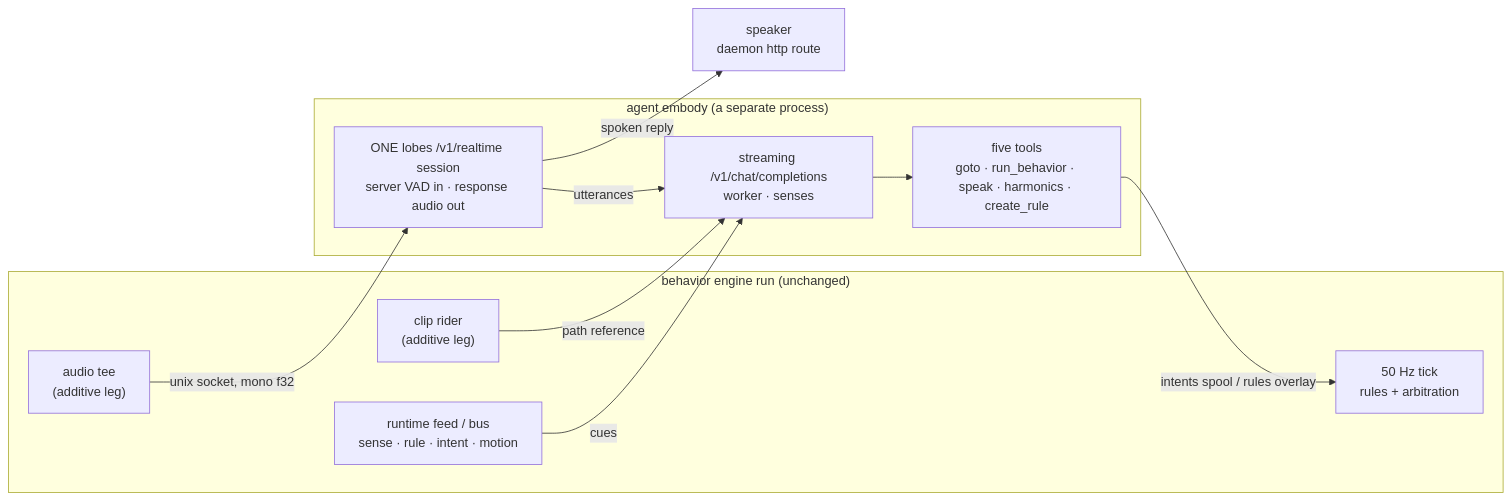
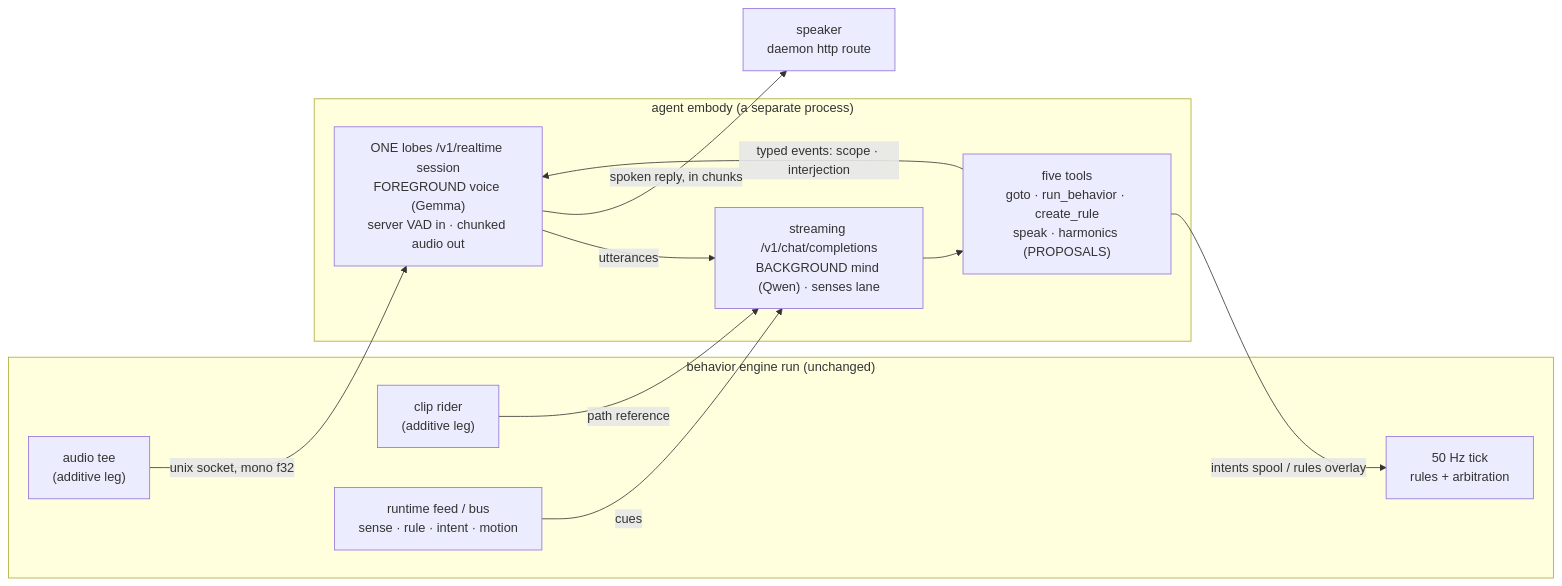
Before and after one commit to agentculture/reachy-mini-cli: the third of 3 diagrams in docs/operating-reachy.md, drawn with Mermaid. The commit also changed other lines of this file and 45 other files, not shown here.

Commit message:
Foreground conversation, background cognition: Gemma speaks, Qwen thinks (#155, v0.47.0) (#158)

````diff
--- a/docs/operating-reachy.md
+++ b/docs/operating-reachy.md
@@ -2405,23 +2410,24 @@
 ```mermaid
 graph LR
     subgraph RUNTIME["behavior engine run (unchanged)"]
         TICK["50 Hz tick<br/>rules + arbitration"]
         TEE["audio tee<br/>(additive leg)"]
         CLIP["clip rider<br/>(additive leg)"]
         FEED["runtime feed / bus<br/>sense · rule · intent · motion"]
     end
 
     subgraph LAYER["agent embody (a separate process)"]
-        DUPLEX["ONE lobes /v1/realtime session<br/>server VAD in · response audio out"]
-        MIND["streaming /v1/chat/completions<br/>worker · senses"]
-        TOOLS["five tools<br/>goto · run_behavior · speak · harmonics · create_rule"]
+        DUPLEX["ONE lobes /v1/realtime session<br/>FOREGROUND voice (Gemma)<br/>server VAD in · chunked audio out"]
+        MIND["streaming /v1/chat/completions<br/>BACKGROUND mind (Qwen) · senses lane"]
+        TOOLS["five tools<br/>goto · run_behavior · create_rule<br/>speak · harmonics (PROPOSALS)"]
     end
 
     TEE -->|"unix socket, mono f32"| DUPLEX
     FEED -->|"cues"| MIND
     CLIP -->|"path reference"| MIND
     DUPLEX -->|"utterances"| MIND
     MIND --> TOOLS
-    DUPLEX -->|"spoken reply"| SPK["speaker<br/>daemon http route"]
+    TOOLS -->|"typed events: scope · interjection"| DUPLEX
+    DUPLEX -->|"spoken reply, in chunks"| SPK["speaker<br/>daemon http route"]
     TOOLS -->|"intents spool / rules overlay"| TICK
 ```
````
